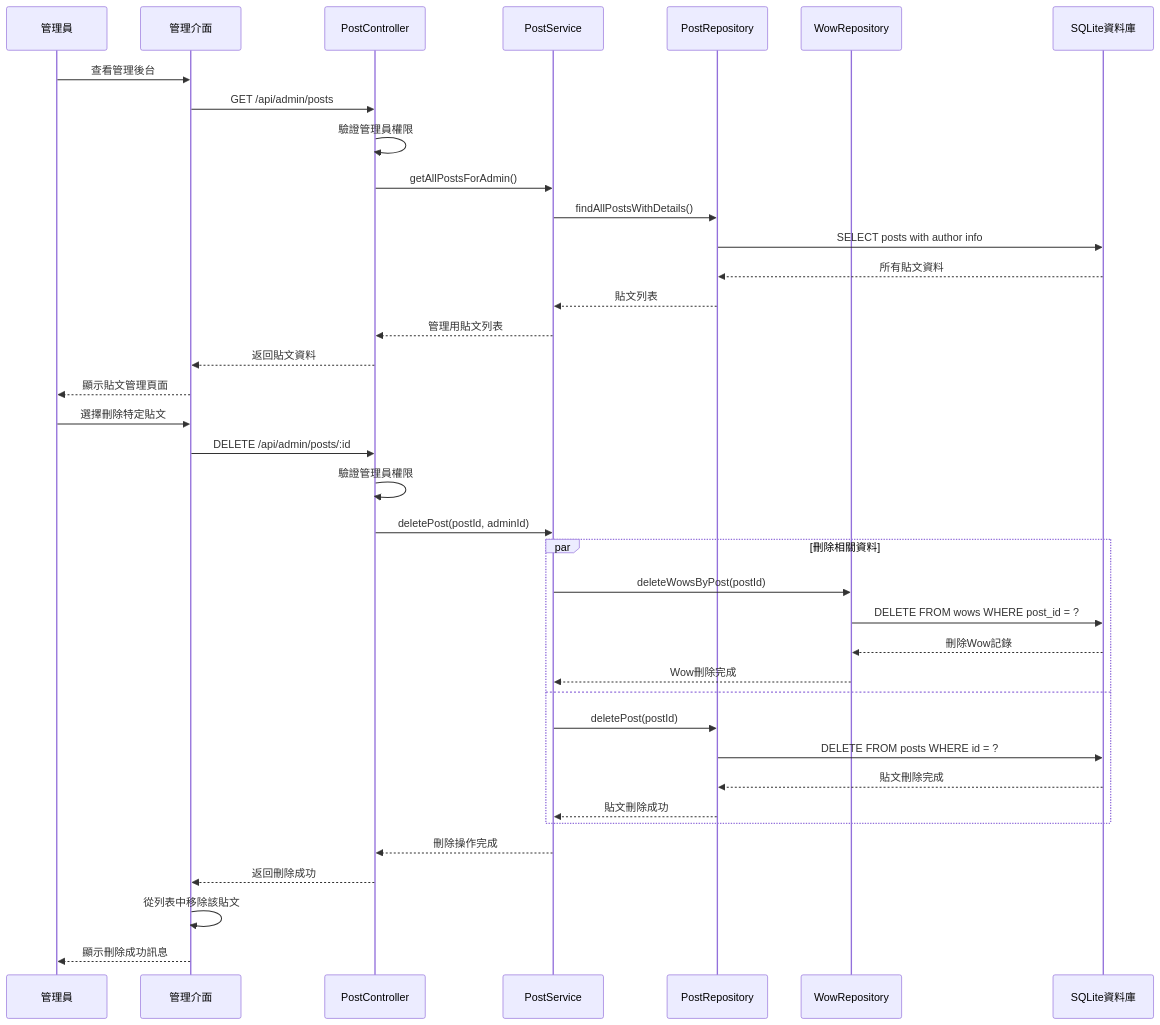
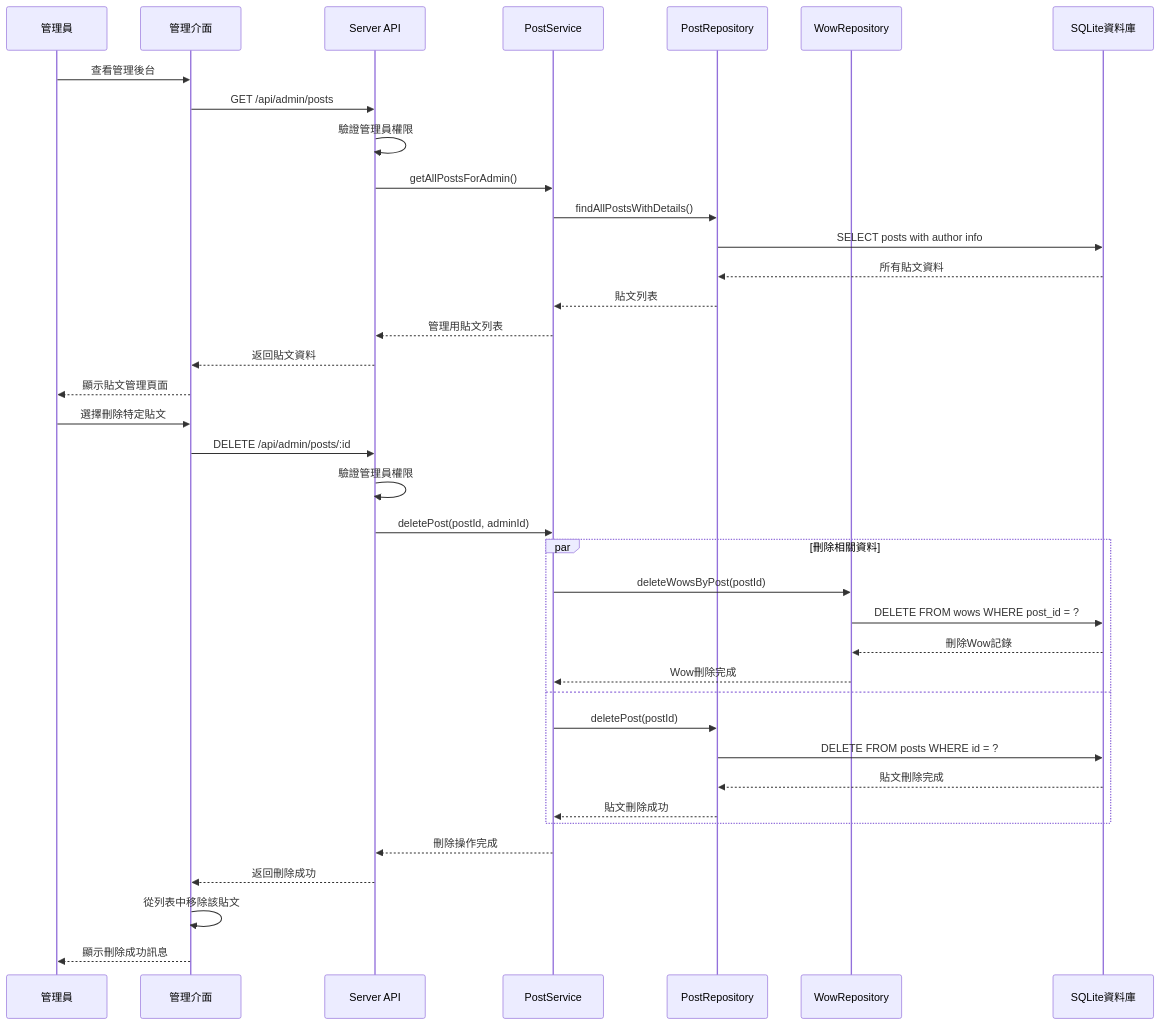
Before and after one commit to ayugioh2003/ooad-ai: the seventh of 8 diagrams in aotter-wow-system/docs/sequence-diagram.md, drawn with Mermaid. The commit also changed other lines of this file and 3 other files, not shown here.

First line of the commit message:
Refactor architecture documentation to reflect Nuxt.js integration and update class and sequence diagrams for API handlers

````diff
--- a/aotter-wow-system/docs/sequence-diagram.md
+++ b/aotter-wow-system/docs/sequence-diagram.md
@@ -230,44 +230,44 @@
 ```mermaid
 sequenceDiagram
     participant Admin as 管理員
     participant UI as 管理介面
-    participant PC as PostController
+    participant API as Server API
     participant PS as PostService
     participant PR as PostRepository
     participant WR as WowRepository
     participant DB as SQLite資料庫
 
     Admin->>UI: 查看管理後台
-    UI->>PC: GET /api/admin/posts
-    PC->>PC: 驗證管理員權限
-    PC->>PS: getAllPostsForAdmin()
+    UI->>API: GET /api/admin/posts
+    API->>API: 驗證管理員權限
+    API->>PS: getAllPostsForAdmin()
     PS->>PR: findAllPostsWithDetails()
     PR->>DB: SELECT posts with author info
     DB-->>PR: 所有貼文資料
     PR-->>PS: 貼文列表
-    PS-->>PC: 管理用貼文列表
-    PC-->>UI: 返回貼文資料
+    PS-->>API: 管理用貼文列表
+    API-->>UI: 返回貼文資料
     UI-->>Admin: 顯示貼文管理頁面
 
     Admin->>UI: 選擇刪除特定貼文
-    UI->>PC: DELETE /api/admin/posts/:id
-    PC->>PC: 驗證管理員權限
-    PC->>PS: deletePost(postId, adminId)
+    UI->>API: DELETE /api/admin/posts/:id
+    API->>API: 驗證管理員權限
+    API->>PS: deletePost(postId, adminId)
     
     par 刪除相關資料
         PS->>WR: deleteWowsByPost(postId)
         WR->>DB: DELETE FROM wows WHERE post_id = ?
         DB-->>WR: 刪除Wow記錄
         WR-->>PS: Wow刪除完成
     and
         PS->>PR: deletePost(postId)
         PR->>DB: DELETE FROM posts WHERE id = ?
         DB-->>PR: 貼文刪除完成
         PR-->>PS: 貼文刪除成功
     end
     
-    PS-->>PC: 刪除操作完成
-    PC-->>UI: 返回刪除成功
+    PS-->>API: 刪除操作完成
+    API-->>UI: 返回刪除成功
     UI->>UI: 從列表中移除該貼文
     UI-->>Admin: 顯示刪除成功訊息
 ```
````
